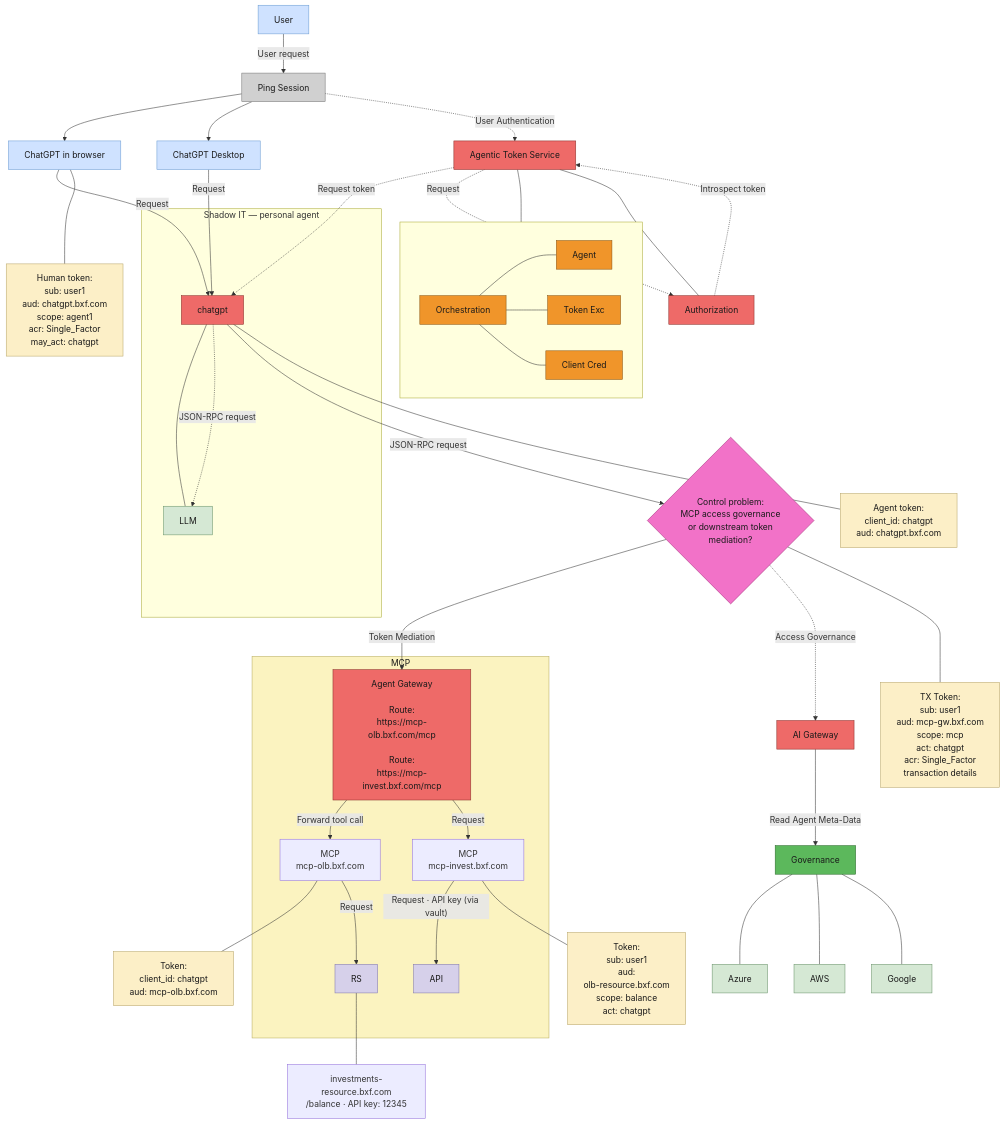
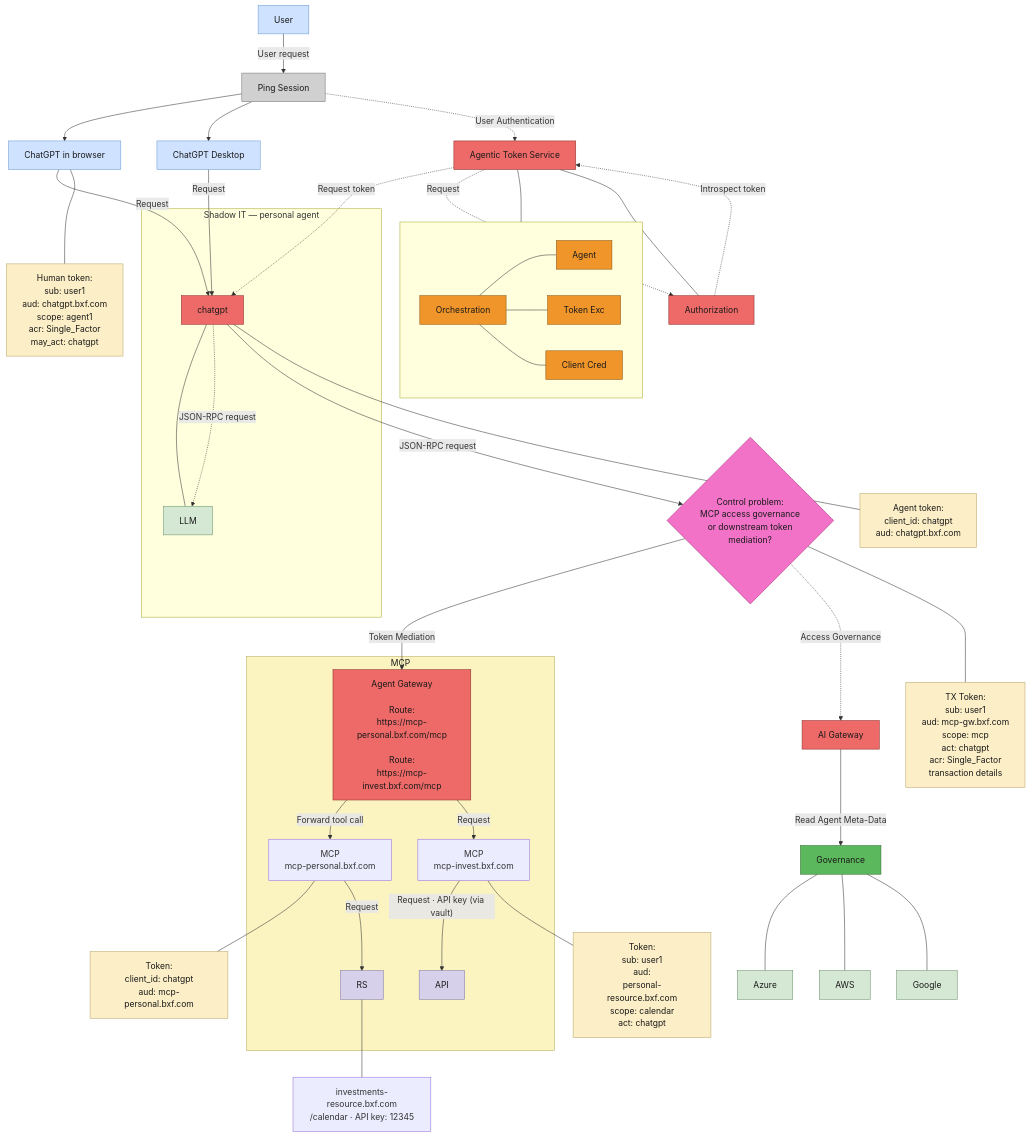
Before and after one commit to curtismu7/AI-DEMO2: the diagram in docs/diagrams/personal-agent-chatgpt.mmd, drawn with Mermaid. The commit also changed 1 other file, not shown here.

Commit message:
docs(diagrams): genericize personal-agent endpoints (mcp-personal, calendar scope)

```diff
--- a/docs/diagrams/personal-agent-chatgpt.mmd
+++ b/docs/diagrams/personal-agent-chatgpt.mmd
@@ -1,104 +1,104 @@
 %% Personal agent version of "V2 Agent - GW/Authorize" (Lucid page)
 %% ChatGPT is the personal agent — Desktop app and browser ChatGPT
 %% Colors sampled from the V2 Agent - GW_Authorize.png
 flowchart TB
     ATS["Agentic Token Service"]
     subgraph ATSSUB[" "]
         direction LR
         ORCH["Orchestration"]
         AGT["Agent"]
         TXE["Token Exc"]
         CCRED["Client Cred"]
     end
     AUTHZ["Authorization"]
 
     USER["User"]
     PINGSESS["Ping Session"]
     CHATB["ChatGPT in browser"]
     GPTD["ChatGPT Desktop"]
 
     HTOK["Human token:<br/>sub: user1<br/>aud: chatgpt.bxf.com<br/>scope: agent1<br/>acr: Single_Factor<br/>may_act: chatgpt"]
     AGTOK["Agent token:<br/>client_id: chatgpt<br/>aud: chatgpt.bxf.com"]
     TXTOK["TX Token:<br/>sub: user1<br/>aud: mcp-gw.bxf.com<br/>scope: mcp<br/>act: chatgpt<br/>acr: Single_Factor<br/>transaction details"]
 
     subgraph SHADOW["Shadow IT — personal agent"]
         AGENT1["chatgpt"]
         LLM["LLM"]
     end
 
     DEC{"Control problem:<br/>MCP access governance<br/>or downstream token<br/>mediation?"}
 
     subgraph MCPBOX["MCP"]
-        GW["Agent Gateway<br/><br/>Route:<br/>https://mcp-olb.bxf.com/mcp<br/><br/>Route:<br/>https://mcp-invest.bxf.com/mcp"]
-        MCPOLB["MCP<br/>mcp-olb.bxf.com"]
+        GW["Agent Gateway<br/><br/>Route:<br/>https://mcp-personal.bxf.com/mcp<br/><br/>Route:<br/>https://mcp-invest.bxf.com/mcp"]
+        MCPOLB["MCP<br/>mcp-personal.bxf.com"]
         MCPINV["MCP<br/>mcp-invest.bxf.com"]
         RS["RS"]
         API["API"]
     end
-    MOLTOK["Token:<br/>sub: user1<br/>aud:<br/>olb-resource.bxf.com<br/>scope: balance<br/>act: chatgpt"]
-    MTOK["Token:<br/>client_id: chatgpt<br/>aud: mcp-olb.bxf.com"]
-    INVTOK["investments-resource.bxf.com<br/>/balance · API key: 12345"]
+    MOLTOK["Token:<br/>sub: user1<br/>aud:<br/>personal-resource.bxf.com<br/>scope: calendar<br/>act: chatgpt"]
+    MTOK["Token:<br/>client_id: chatgpt<br/>aud: mcp-personal.bxf.com"]
+    INVTOK["investments-resource.bxf.com<br/>/calendar · API key: 12345"]
 
     AIGW["AI Gateway"]
     GOV["Governance"]
     AZURE["Azure"]
     AWS["AWS"]
     GOOGLE["Google"]
 
     USER -->|"User request"| PINGSESS
     PINGSESS --> CHATB
     PINGSESS --> GPTD
     PINGSESS -.->|"User Authentication"| ATS
     ATS --- ORCH
     ORCH --- AGT
     ORCH --- TXE
     ORCH --- CCRED
     AUTHZ --- ATS
     AUTHZ -.->|"Introspect token"| ATS
     CHATB -->|"Request"| AGENT1
     GPTD -->|"Request"| AGENT1
     ATS -.->|"Request token"| AGENT1
     ATS -.->|"Request"| AUTHZ
     CHATB --- HTOK
     AGENT1 --- LLM
     AGENT1 -.->|"JSON-RPC request"| LLM
     AGENT1 -->|"JSON-RPC request"| DEC
     AGENT1 --- AGTOK
     DEC -->|"Token Mediation"| GW
     DEC -.->|"Access Governance"| AIGW
     GW -->|"Forward tool call"| MCPOLB
     GW -->|"Request"| MCPINV
     MCPOLB --- MTOK
     MCPOLB -->|"Request"| RS
     RS --- INVTOK
     MCPINV -->|"Request · API key (via vault)"| API
     MCPINV --- MOLTOK
     DEC --- TXTOK
     AIGW -->|"Read Agent Meta-Data"| GOV
     GOV --- AZURE
     GOV --- AWS
     GOV --- GOOGLE
 
     classDef red fill:#ee6a68,stroke:#8a2f2a,color:#1a1a1a
     classDef orange fill:#f0952a,stroke:#8a5410,color:#1a1a1a
     classDef cream fill:#fcefc7,stroke:#b8a66a,color:#1a1a1a
     classDef pink fill:#f272c8,stroke:#a12a76,color:#1a1a1a
     classDef yellow fill:#fbf3c0,stroke:#b8ac60,color:#1a1a1a
     classDef blue fill:#cfe2ff,stroke:#6b9bd2,color:#1a1a1a
     classDef green fill:#d5e8d4,stroke:#6a936a,color:#1a1a1a
     classDef dgreen fill:#5cb85c,stroke:#2d6a2d,color:#1a1a1a
     classDef purple fill:#d6d0ea,stroke:#8077ad,color:#1a1a1a
     classDef grey fill:#d0d0d0,stroke:#777777,color:#1a1a1a
 
     class ATS,AUTHZ,GW,AIGW red
     class ORCH,AGT,TXE,CCRED orange
     class HTOK,AGTOK,TXTOK,MOLTOK,MTOK cream
     class DEC pink
     class MCPBOX yellow
     class USER,CHATB,GPTD blue
     class AZURE,AWS,GOOGLE green
     class GOV dgreen
     class RS,API purple
     class AGENT1 red
     class LLM green
     class PINGSESS grey
```
